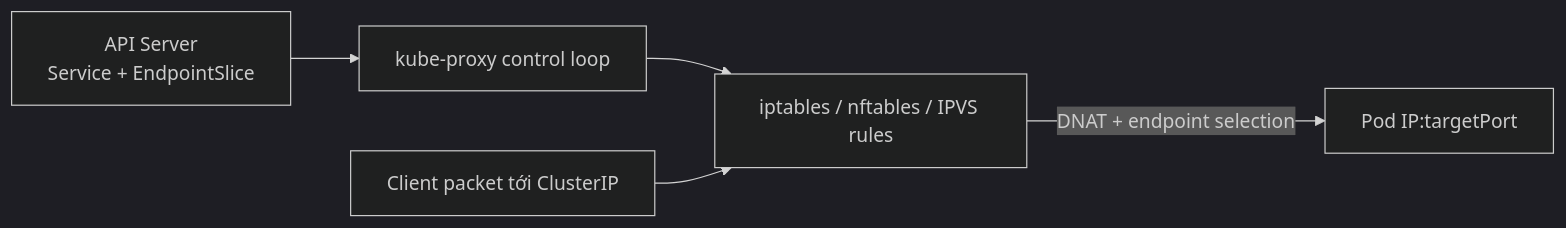
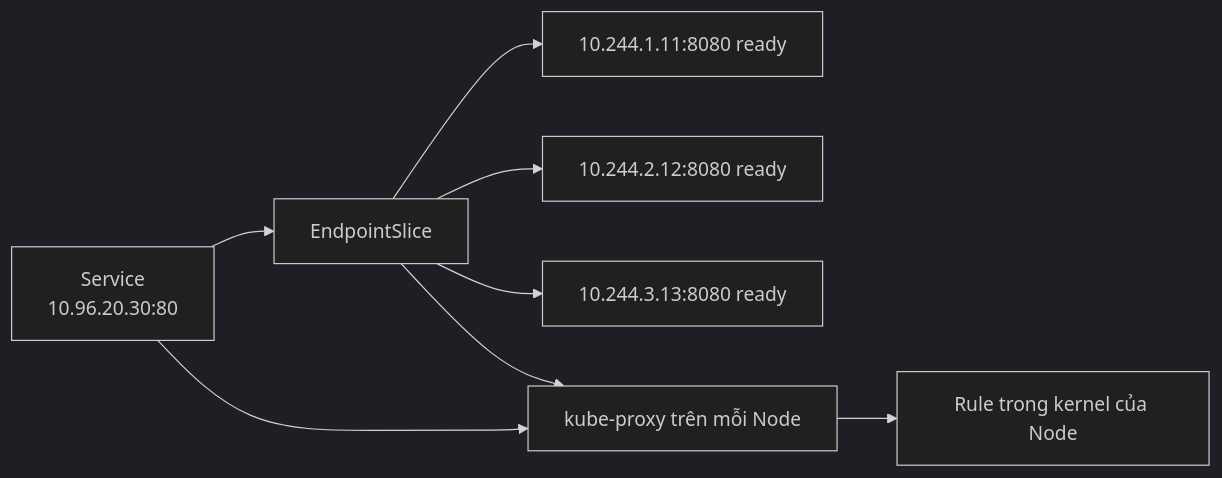
One commit to vanhiep99w/k8s-learn changed the first of 4 diagrams in content/docs/networking/kube-proxy.md. Above: the diagram before and after it, drawn with Mermaid (dark theme). The commit also changed other lines of this file and 1 other file, not shown here.

Commit message:
docs: clarify StatefulSet and kube-proxy guides

````diff
--- a/content/docs/networking/kube-proxy.md
+++ b/content/docs/networking/kube-proxy.md
@@ -36,7 +107,10 @@
 ```mermaid
 flowchart LR
-    A[API Server<br/>Service + EndpointSlice] --> K[kube-proxy control loop]
-    K --> R[iptables / nftables / IPVS rules]
-    C[Client packet tới ClusterIP] --> R
-    R -->|DNAT + endpoint selection| P[Pod IP:targetPort]
+    S[Service<br/>10.96.20.30:80] --> E[EndpointSlice]
+    E --> A[10.244.1.11:8080 ready]
+    E --> B[10.244.2.12:8080 ready]
+    E --> C[10.244.3.13:8080 ready]
+    S --> K[kube-proxy trên mỗi Node]
+    E --> K
+    K --> R[Rule trong kernel của Node]
 ```
````
